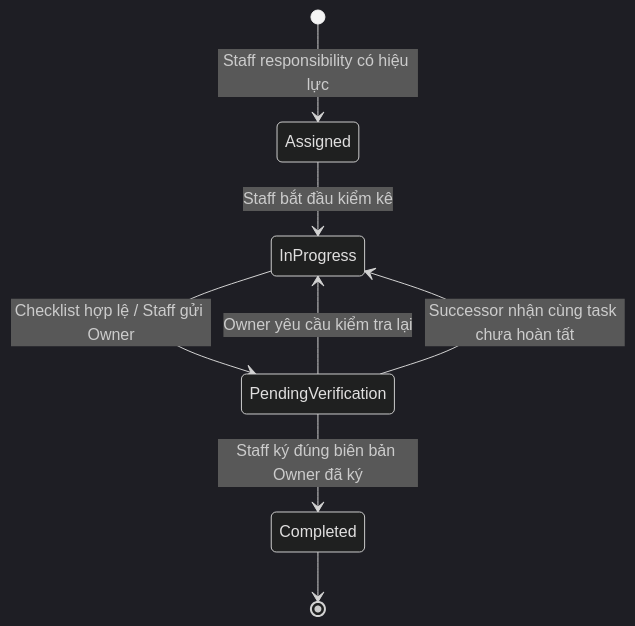
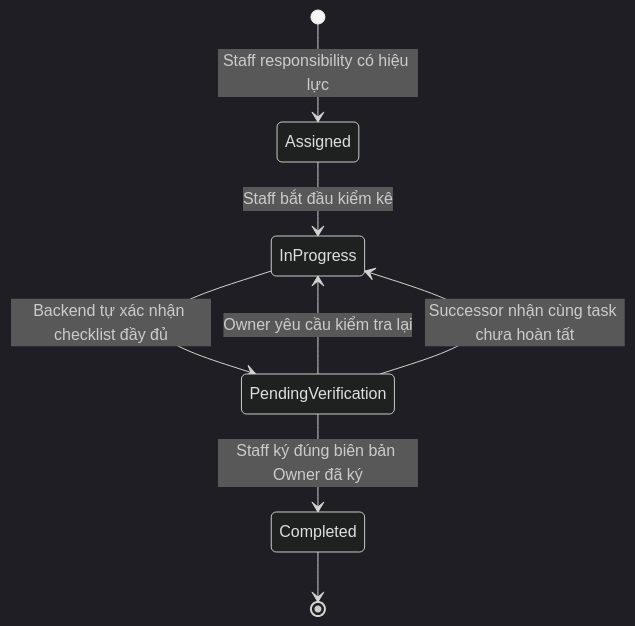
Before and after one commit to nguyenhuy238/SEP490-G92-BHOME: the first of 4 diagrams in docs/architecture/BF07_AND_LOCATION_ASSET_HANDOVER_STATE_MODEL.md, drawn with Mermaid (dark theme). The commit also changed other lines of this file and 73 other files, not shown here.

````diff
--- a/docs/architecture/BF07_AND_LOCATION_ASSET_HANDOVER_STATE_MODEL.md
+++ b/docs/architecture/BF07_AND_LOCATION_ASSET_HANDOVER_STATE_MODEL.md
@@ -41,10 +41,10 @@
 ```mermaid
 stateDiagram-v2
   [*] --> Assigned: Staff responsibility có hiệu lực
   Assigned --> InProgress: Staff bắt đầu kiểm kê
-  InProgress --> PendingVerification: Checklist hợp lệ / Staff gửi Owner
+  InProgress --> PendingVerification: Backend tự xác nhận checklist đầy đủ
   PendingVerification --> InProgress: Owner yêu cầu kiểm tra lại
   PendingVerification --> InProgress: Successor nhận cùng task chưa hoàn tất
   PendingVerification --> Completed: Staff ký đúng biên bản Owner đã ký
   Completed --> [*]
 ```
````
